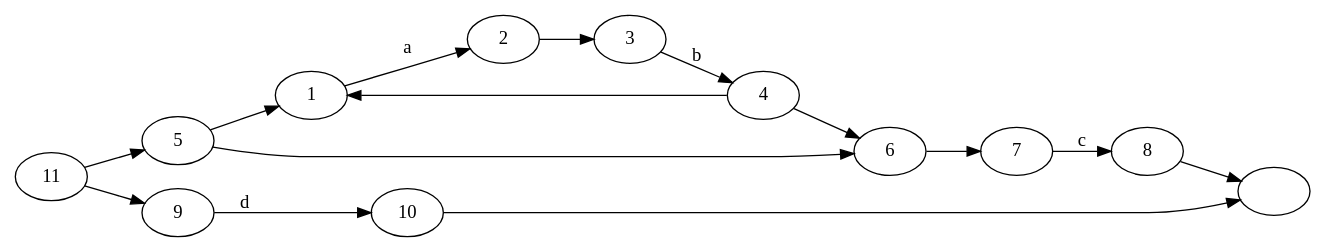
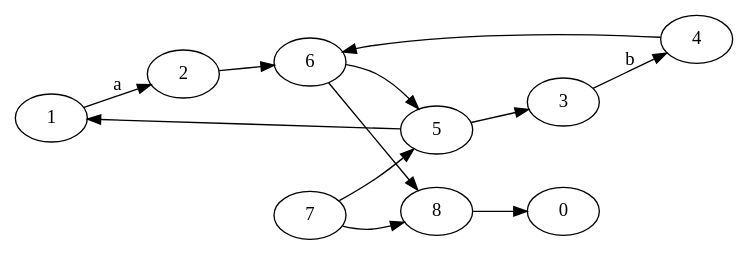
Before and after one commit to RedHoodie52/ds3-nicho-sherly: the diagram in test.dot, drawn with Graphviz. The commit also changed 3 other files, not shown here.

```diff
--- a/test.dot
+++ b/test.dot
@@ -1,18 +1,14 @@
 digraph StateMachine {
   rankdir="LR";
   "1" -> "2" [label="a"]
-  "2" -> "3" [label=" "]
+  "2" -> "6" [label=" "]
   "3" -> "4" [label="b"]
-  "4" -> "1" [label=" "]
   "4" -> "6" [label=" "]
   "5" -> "1" [label=" "]
-  "5" -> "6" [label=" "]
-  "6" -> "7" [label=" "]
-  "7" -> "8" [label="c"]
-  "8" -> "12" [label=" "]
-  "9" -> "10" [label="d"]
-  "10" -> "12" [label=" "]
-  "11" -> "5" [label=" "]
-  "11" -> "9" [label=" "]
-  "12"  [label=" "]
+  "5" -> "3" [label=" "]
+  "6" -> "5" [label=" "]
+  "6" -> "8" [label=" "]
+  "7" -> "5" [label=" "]
+  "7" -> "8" [label=" "]
+  "8" -> "0" [label=" "]
 }
```
